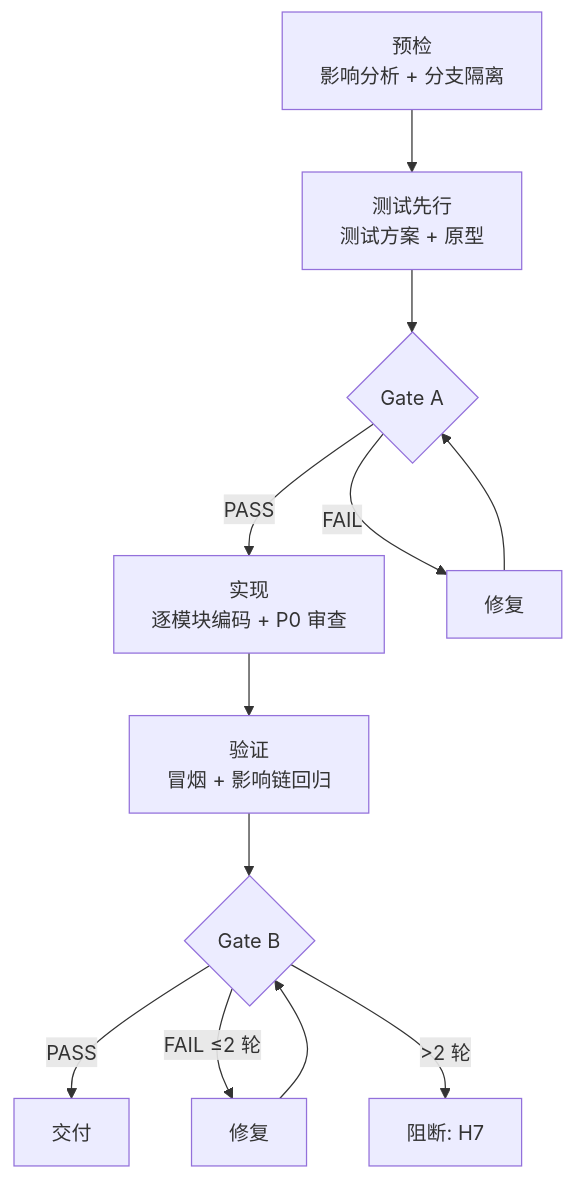
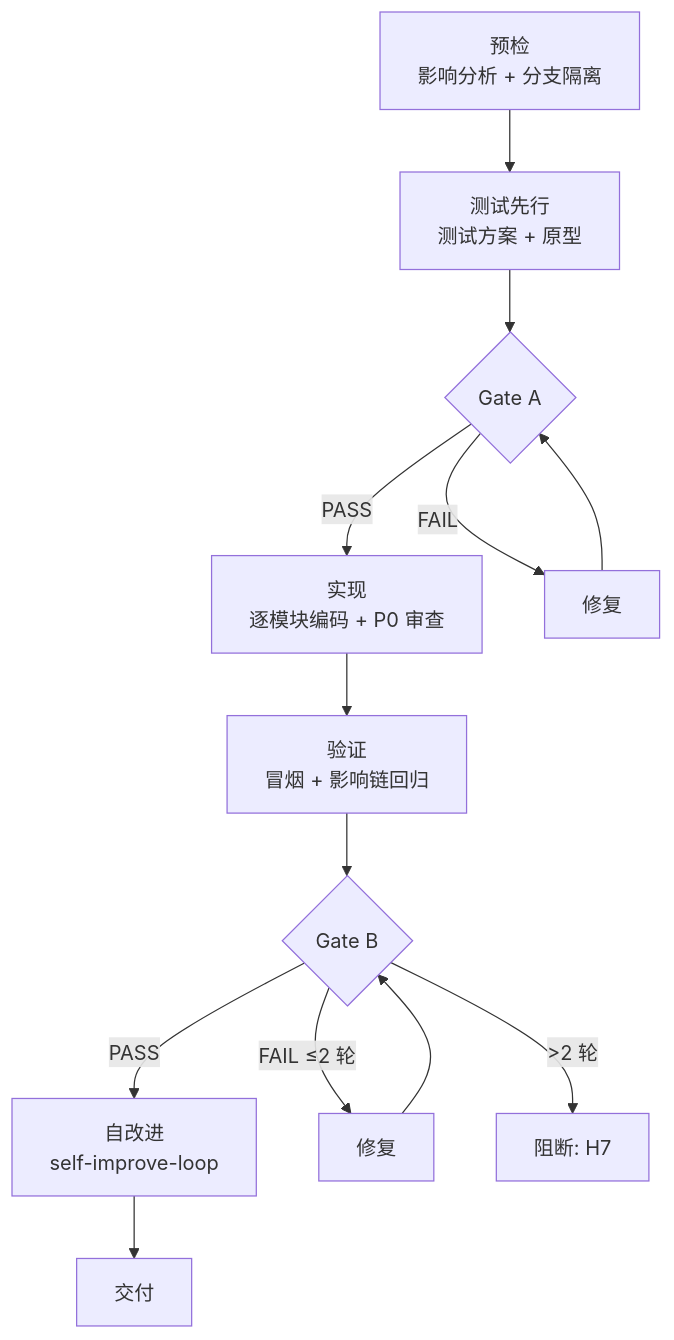
One commit to effiy/YrY changed the fifth of 6 diagrams in skills/rui/SKILL.md. Above: the diagram before and after it, drawn with Mermaid. The commit also changed other lines of this file and 26 other files, not shown here.

````diff
--- a/skills/rui/SKILL.md
+++ b/skills/rui/SKILL.md
@@ -156,14 +184,15 @@
 ```mermaid
 flowchart TD
     PRECHECK["预检<br/>影响分析 + 分支隔离"] --> TESTFIRST["测试先行<br/>测试方案 + 原型"]
     TESTFIRST --> GA{Gate A}
     GA -->|PASS| IMPL["实现<br/>逐模块编码 + P0 审查"]
     GA -->|FAIL| FIX1[修复]
     FIX1 --> GA
     IMPL --> VERIFY["验证<br/>冒烟 + 影响链回归"]
     VERIFY --> GB{Gate B}
-    GB -->|PASS| DELIVER[交付]
+    GB -->|PASS| SELF["自改进<br/>self-improve-loop"]
     GB -->|FAIL ≤2 轮| FIX2[修复]
     FIX2 --> GB
     GB -->|>2 轮| BLOCK[阻断: H7]
+    SELF --> DELIVER[交付]
 ```
````
